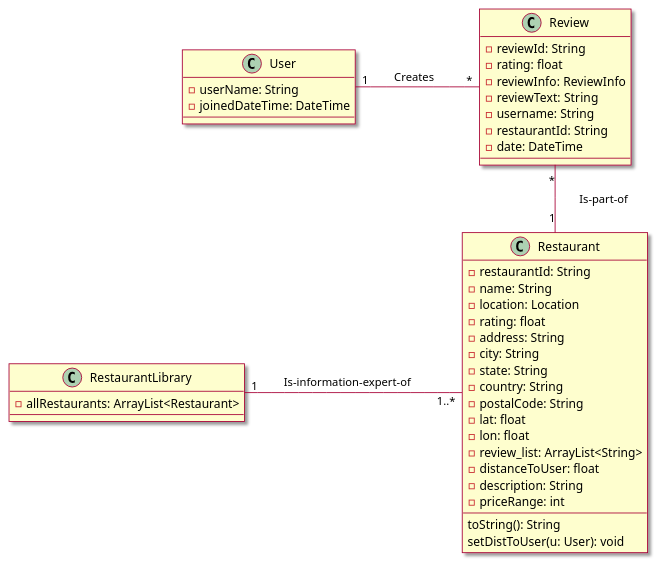
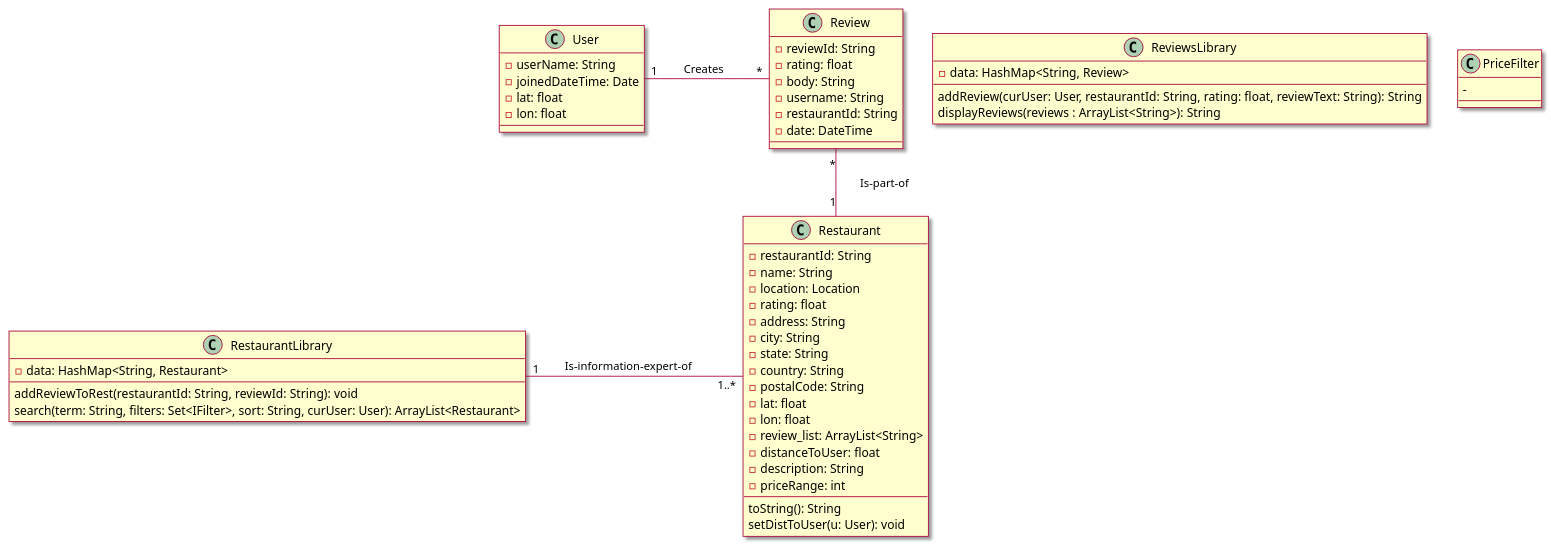
The second of 2 diagrams in intellij/doc/design.md (tanwasp/LunchBox-Android), drawn with PlantUML before and after one commit. The commit also changed 4 other files, not shown here.

Commit message:
Start updating design class diagram

````diff
--- a/intellij/doc/design.md
+++ b/intellij/doc/design.md
@@ -39,51 +39,66 @@
 ```plantuml
 @startuml
 skin rose
 'skinparam classAttributeIconSize 0
 
 class Restaurant{
     -restaurantId: String
     -name: String
     -location: Location
     -rating: float
     -address: String
     -city: String
     -state: String
     -country: String
     -postalCode: String
     -lat: float
     -lon: float
     -review_list: ArrayList<String>
     -distanceToUser: float
     -description: String
     -priceRange: int
     --
     toString(): String
     setDistToUser(u: User): void
 }
 
 class Review{
     -reviewId: String
     -rating: float
-    -reviewInfo: ReviewInfo
-    -reviewText: String
+    -body: String
     -username: String
     -restaurantId: String
     -date: DateTime
 }
 
 class User{
     -userName: String
-    -joinedDateTime: DateTime
+    -joinedDateTime: Date
+    -lat: float
+    -lon: float
 }
 
 class RestaurantLibrary{
-    -allRestaurants: ArrayList<Restaurant>
+    -data: HashMap<String, Restaurant>
+    --
+    addReviewToRest(restaurantId: String, reviewId: String): void
+    search(term: String, filters: Set<IFilter>, sort: String, curUser: User): ArrayList<Restaurant>
+}
+
+class ReviewsLibrary{
+    -data: HashMap<String, Review>
+    --
+    addReview(curUser: User, restaurantId: String, rating: float, reviewText: String): String
+    displayReviews(reviews : ArrayList<String>): String
+}
+
+class PriceFilter{
+    -
 }
 
 ' associations
 RestaurantLibrary "1" - "1..*" Restaurant : \tIs-information-expert-of\t\t
 Review "*" -- "1" Restaurant : \tIs-part-of\t\t
 User "1" - "*" Review : \tCreates\t\t
 @enduml
 ```
````
